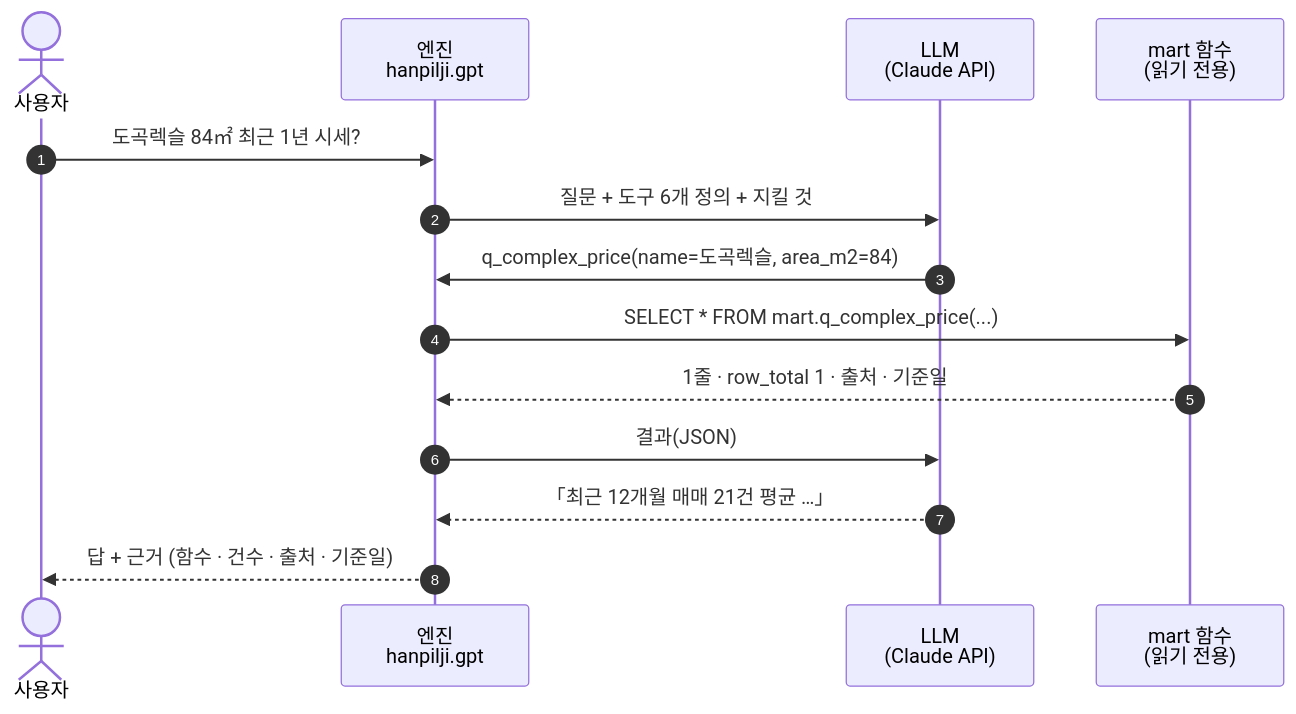
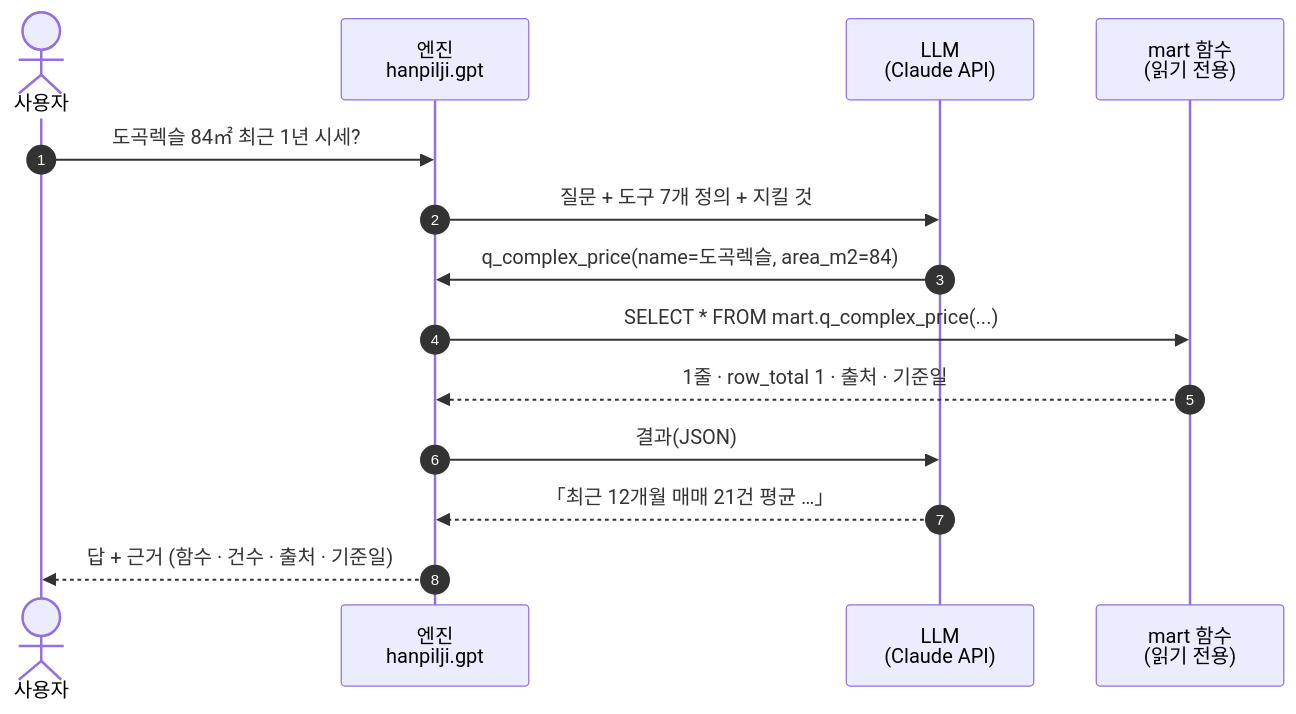
The second of 2 diagrams in README.md (achul1026/hanpilji), drawn with Mermaid before and after one commit. The commit also changed other lines of this file and 9 other files, not shown here.

````diff
--- a/README.md
+++ b/README.md
@@ -130,16 +131,16 @@
 ```mermaid
 sequenceDiagram
     autonumber
     actor U as 사용자
     participant E as 엔진<br/>hanpilji.gpt
     participant L as LLM<br/>(Claude API)
     participant M as mart 함수<br/>(읽기 전용)
     U->>E: 도곡렉슬 84㎡ 최근 1년 시세?
-    E->>L: 질문 + 도구 6개 정의 + 지킬 것
+    E->>L: 질문 + 도구 7개 정의 + 지킬 것
     L->>E: q_complex_price(name=도곡렉슬, area_m2=84)
     E->>M: SELECT * FROM mart.q_complex_price(...)
     M-->>E: 1줄 · row_total 1 · 출처 · 기준일
     E->>L: 결과(JSON)
     L-->>E: 「최근 12개월 매매 21건 평균 …」
     E-->>U: 답 + 근거 (함수 · 건수 · 출처 · 기준일)
 ```
````
